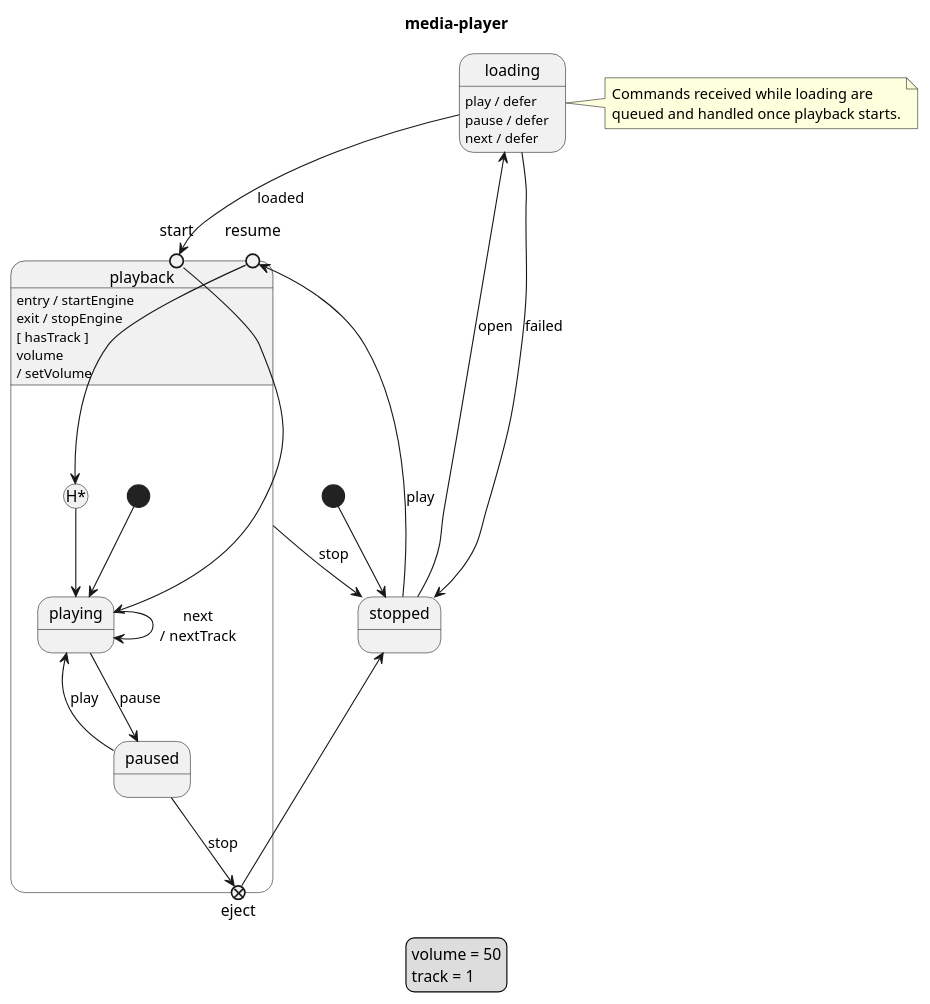
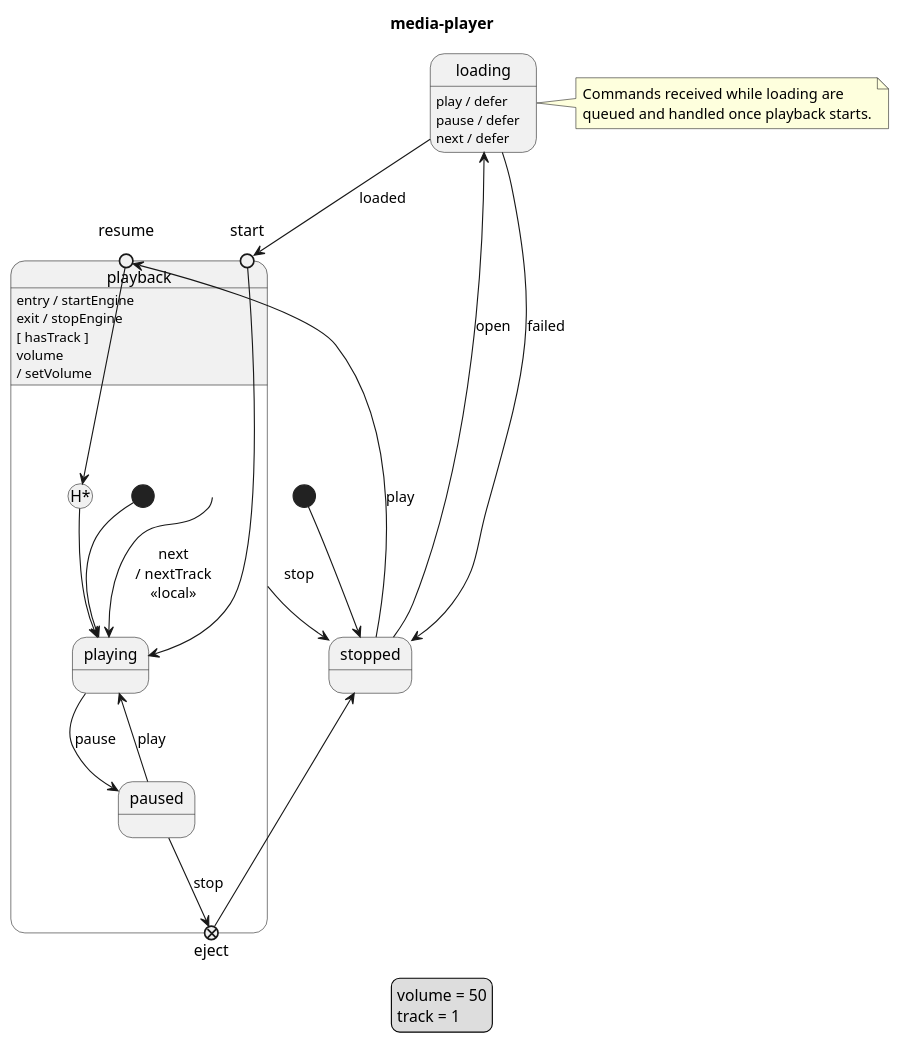
One commit to vincedupuis/transplantUML changed the diagram in example/media-player.puml. Above: the diagram before and after it, drawn with PlantUML. The commit also changed 37 other files, not shown here.

```diff
--- a/example/media-player.puml
+++ b/example/media-player.puml
@@ -1,43 +1,43 @@
 @startuml
 title media-player
 legend
     volume = 50
     track = 1
 endlegend
 [*] --> stopped
 state stopped
 state loading
 loading : play / defer
 loading : pause / defer
 loading : next / defer
 note right of loading
     Commands received while loading are
     queued and handled once playback starts.
 end note
 state playback {
     [*] --> playing
     state start <<entryPoint>>
     state resume <<entryPoint>>
     state eject <<exitPoint>>
     state last <<history*>>
     state playing
     state paused
     start --> playing
     resume --> last
     last --> playing
     playing --> paused: pause
-    playing --> playing: next\n/ nextTrack
     paused --> playing: play
     paused --> eject: stop
 }
 playback : entry / startEngine
 playback : exit / stopEngine
 playback : [ hasTrack ]
 stopped --> resume: play
 stopped --> loading: open
 loading --> start: loaded
 loading --> stopped: failed
+playback --> playing: next\n/ nextTrack\n«local»
 playback : volume\n/ setVolume
 playback --> stopped: stop
 eject --> stopped
 @enduml
```
